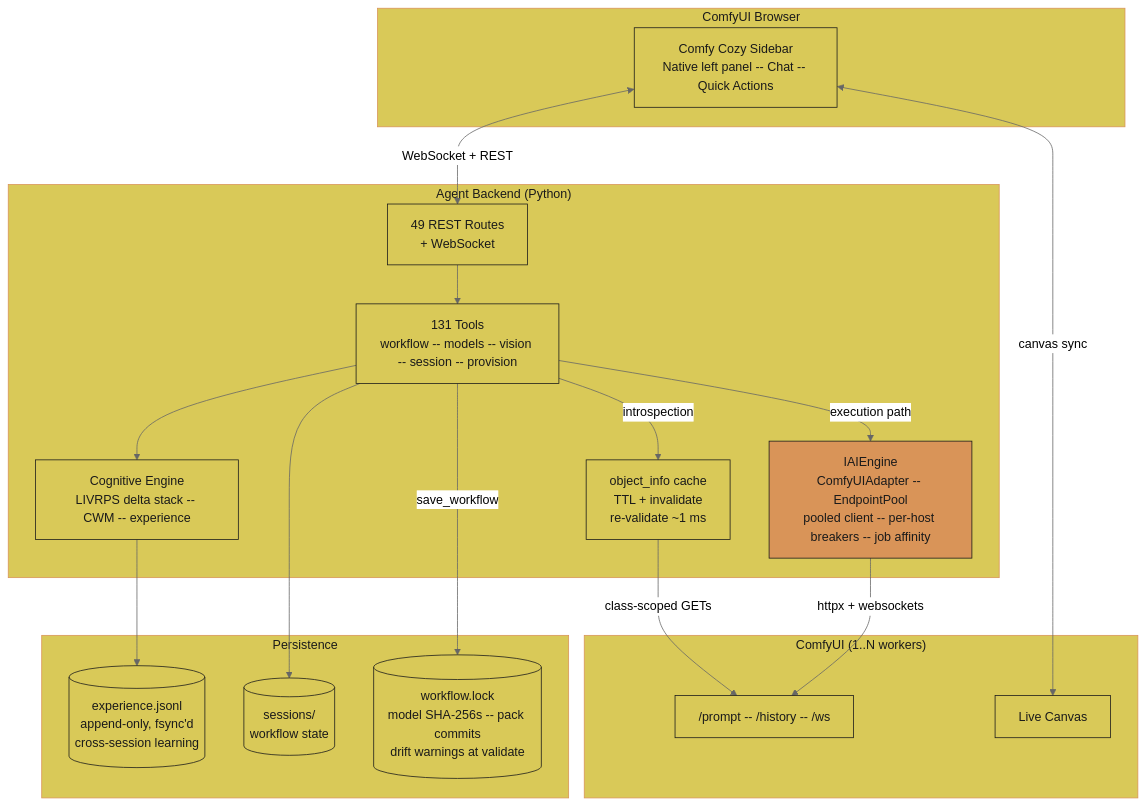
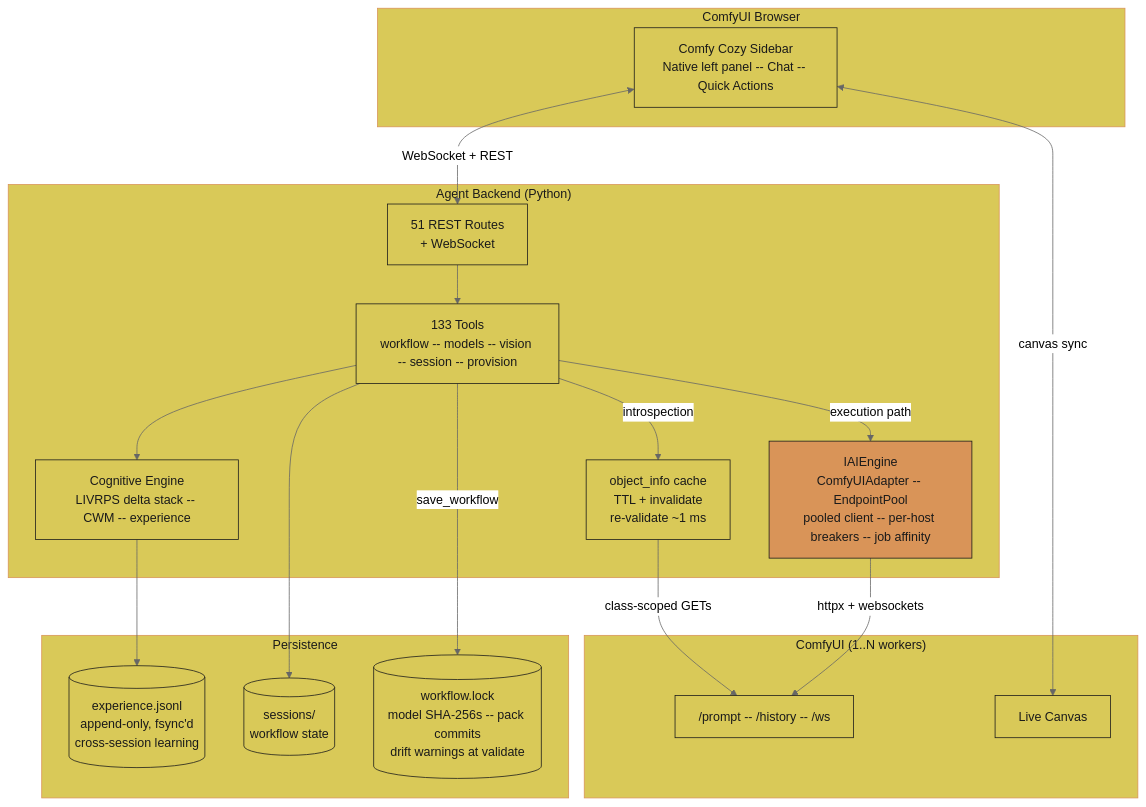
The seventh of 33 diagrams in README.md (JosephOIbrahim/Comfy-Cozy), drawn with Mermaid (neutral theme) before and after one commit. The commit also changed other lines of this file and 1 other file, not shown here.

````diff
--- a/README.md
+++ b/README.md
@@ -556,44 +558,44 @@
 ```mermaid
 graph TB
     subgraph Browser ["ComfyUI Browser"]
         Sidebar["Comfy Cozy Sidebar<br/>Native left panel -- Chat -- Quick Actions"]
     end
     subgraph Backend ["Agent Backend (Python)"]
-        Routes["49 REST Routes<br/>+ WebSocket"]
-        Tools["131 Tools<br/>workflow -- models -- vision -- session -- provision"]
+        Routes["51 REST Routes<br/>+ WebSocket"]
+        Tools["133 Tools<br/>workflow -- models -- vision -- session -- provision"]
         Cache["object_info cache<br/>TTL + invalidate<br/>re-validate ~1 ms"]
         Engine["IAIEngine<br/>ComfyUIAdapter -- EndpointPool<br/>pooled client -- per-host breakers -- job affinity"]
         Cog["Cognitive Engine<br/>LIVRPS delta stack -- CWM -- experience"]
     end
     subgraph ComfyUI ["ComfyUI (1..N workers)"]
         API["/prompt -- /history -- /ws"]
         Canvas["Live Canvas"]
     end
     subgraph Disk ["Persistence"]
         EXP[("experience.jsonl<br/>append-only, fsync'd<br/>cross-session learning")]
         Sessions[("sessions/<br/>workflow state")]
         Lock[("workflow.lock<br/>model SHA-256s -- pack commits<br/>drift warnings at validate")]
     end
 
     Sidebar <-->|"WebSocket + REST"| Routes
     Sidebar <-->|"canvas sync"| Canvas
     Routes --> Tools
     Tools --> Cog
     Tools -->|introspection| Cache
     Cache -->|"class-scoped GETs"| API
     Tools -->|execution path| Engine
     Engine -->|httpx + websockets| API
     Cog --> EXP
     Tools --> Sessions
     Tools -->|save_workflow| Lock
 
     style Browser fill:#d9c958,color:#1a1a1a,stroke:#d99458
     style Backend fill:#d9c958,color:#1a1a1a,stroke:#d99458
     style ComfyUI fill:#d9c958,color:#1a1a1a,stroke:#d99458
     style Disk fill:#d9c958,color:#1a1a1a,stroke:#d99458
 
     classDef orange fill:#d99458,color:#1a1a1a,stroke:#1a1a1a
     classDef yellow fill:#d9c958,color:#1a1a1a,stroke:#1a1a1a
     class Engine orange
     class Sidebar,Routes,Tools,Cache,Cog,API,Canvas,EXP,Sessions,Lock yellow
 ```
````
